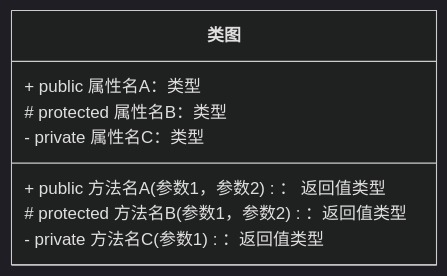
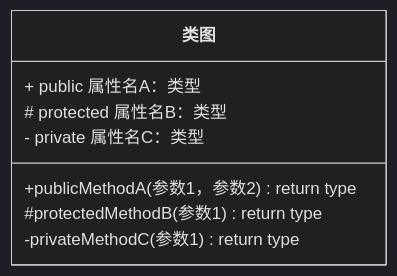
The first of 2 diagrams in docs/designPattern/uml/uml.md (fxpby/myblog), drawn with Mermaid (dark theme) before and after one commit. The commit also changed other lines of this file, not shown here.

Commit message:
feat: update docs uml.md

````diff
--- a/docs/designPattern/uml/uml.md
+++ b/docs/designPattern/uml/uml.md
@@ -5,10 +12,12 @@
 ```mermaid
 classDiagram
 class 类图
-类图 : + public 属性名A：类型
-类图 : # protected 属性名B：类型
-类图 : - private 属性名C：类型
-类图 : + public 方法名A(参数1，参数2)： 返回值类型
-类图 : # protected 方法名B(参数1，参数2)：返回值类型
-类图 : - private 方法名C(参数1)：返回值类型
+class 类图{
+    + public 属性名A：类型
+    # protected 属性名B：类型
+    - private 属性名C：类型
+    +publicMethodA (参数1，参数2) return type
+    #protectedMethodB (参数1) return type
+    -privateMethodC(参数1) return type
+}
 ```
````
